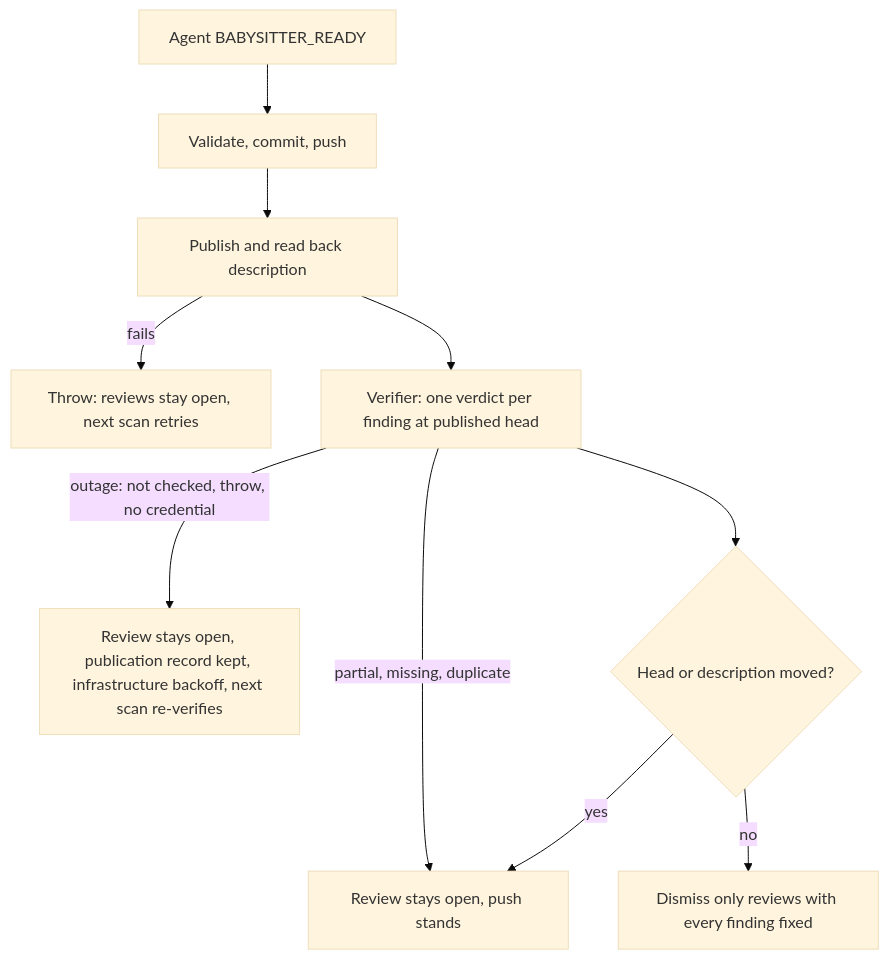
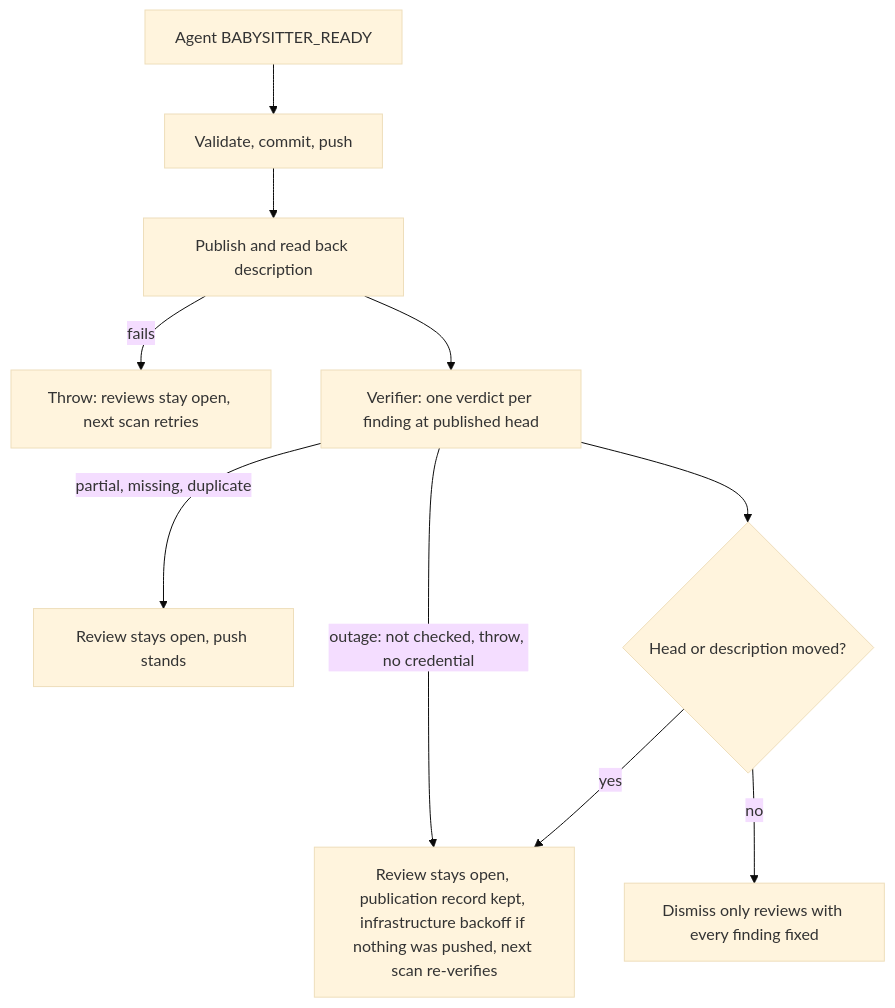
Before and after one commit to stSoftwareAU/VibeCoder: the diagram in docs/archive/pr-summaries/pr-summary-4657.md, drawn with Mermaid (base theme). The commit also changed other lines of this file and 2 other files, not shown here.

````diff
--- a/docs/archive/pr-summaries/pr-summary-4657.md
+++ b/docs/archive/pr-summaries/pr-summary-4657.md
@@ -14,12 +15,12 @@
 ```mermaid
 flowchart TD
     A[Agent BABYSITTER_READY] --> B[Validate, commit, push]
     B --> C[Publish and read back description]
     C -->|fails| X[Throw: reviews stay open, next scan retries]
     C --> D[Verifier: one verdict per finding at published head]
     D -->|partial, missing, duplicate| K[Review stays open, push stands]
-    D -->|outage: not checked, throw, no credential| O[Review stays open, publication record kept, infrastructure backoff, next scan re-verifies]
+    D -->|outage: not checked, throw, no credential| O[Review stays open, publication record kept, infrastructure backoff if nothing was pushed, next scan re-verifies]
     D --> E{Head or description moved?}
-    E -->|yes| K
+    E -->|yes| O
     E -->|no| F[Dismiss only reviews with every finding fixed]
 ```
````
